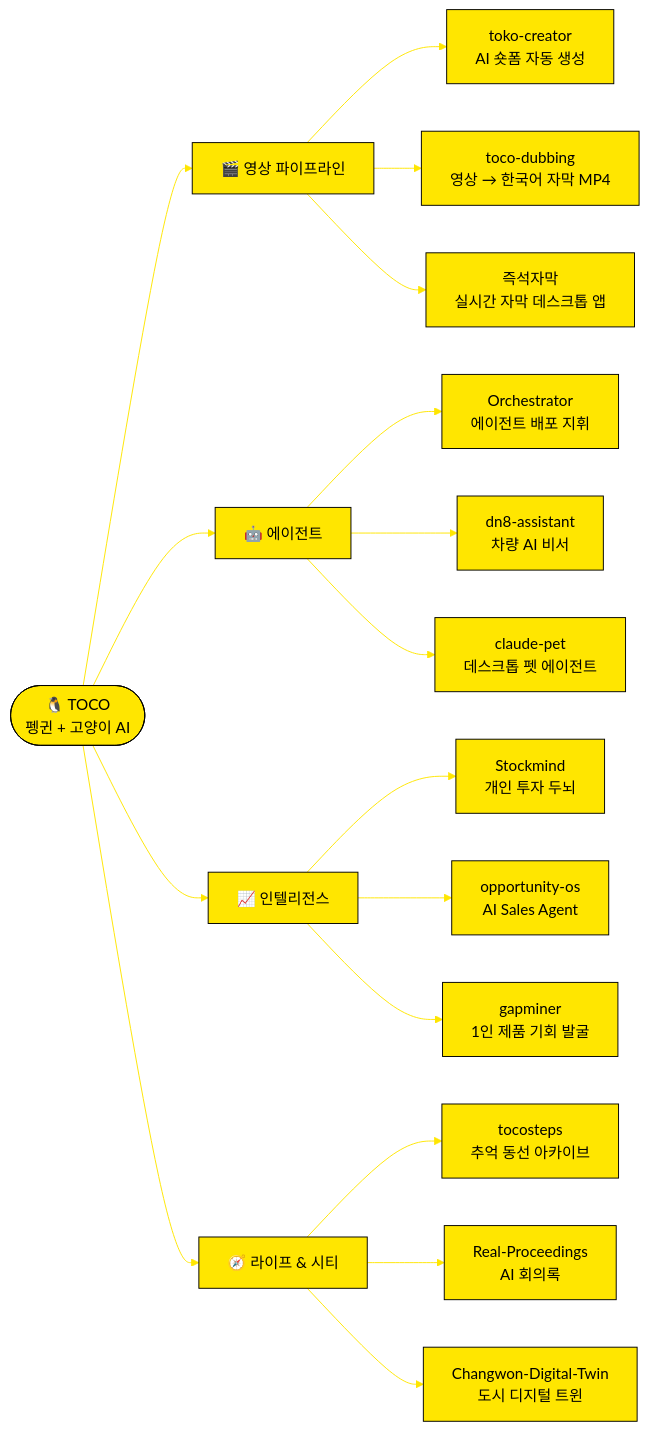
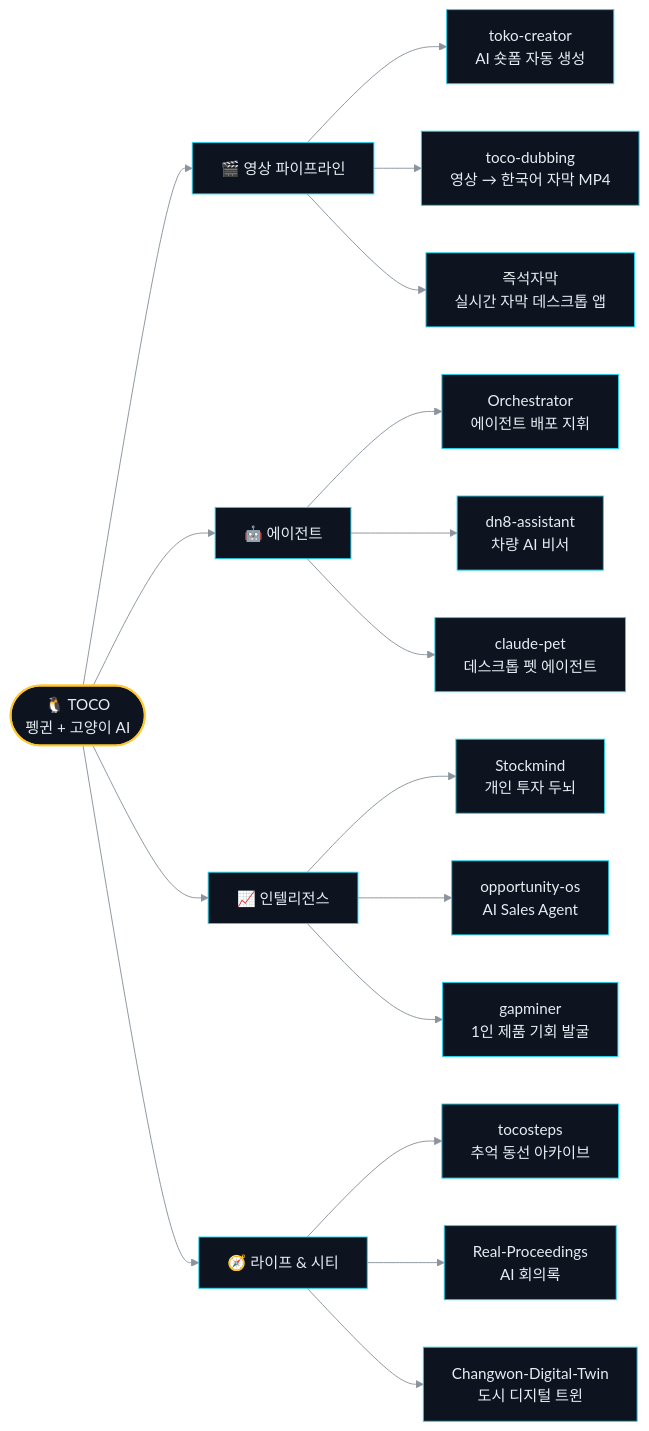
Before and after one commit to T0C0-AI/T0C0-AI: the diagram in README.md, drawn with Mermaid. The commit also changed other lines of this file, not shown here.

Commit message:
README 색 테마를 시안×골드 미드나이트로 통일 — mermaid 다크 테마, 배지 색, 원칙 문구, 푸터를 토코 SVG 배너로 교체

````diff
--- a/README.md
+++ b/README.md
@@ -34,26 +34,27 @@
 ```mermaid
-%%{init: {'theme':'base','themeVariables':{'primaryColor':'#FFE600','primaryTextColor':'#000000','primaryBorderColor':'#000000','lineColor':'#FFE600','fontFamily':'monospace','mainBkg':'#FFE600','edgeLabelBackground':'#0d0d0d','clusterBkg':'#111111','clusterBorder':'#FFE600','tertiaryTextColor':'#ffffff'}}}%%
+%%{init: {'theme':'base','themeVariables':{'primaryColor':'#0D1420','primaryTextColor':'#E6EDF3','primaryBorderColor':'#22D3EE','lineColor':'#8B949E','fontFamily':'monospace','mainBkg':'#0D1420','edgeLabelBackground':'#000000','clusterBkg':'#05070B','clusterBorder':'#1F2733','tertiaryTextColor':'#E6EDF3'}}}%%
 flowchart LR
     TOCO(["🐧 TOCO<br/>펭귄 + 고양이 AI"])
+    style TOCO fill:#0D1420,stroke:#FFC831,stroke-width:2px
 
     TOCO --> V["🎬 영상 파이프라인"]
     TOCO --> A["🤖 에이전트"]
     TOCO --> I["📈 인텔리전스"]
     TOCO --> L["🧭 라이프 & 시티"]
 
     V --> V1["toko-creator<br/>AI 숏폼 자동 생성"]
     V --> V2["toco-dubbing<br/>영상 → 한국어 자막 MP4"]
     V --> V3["즉석자막<br/>실시간 자막 데스크톱 앱"]
 
     A --> A1["Orchestrator<br/>에이전트 배포 지휘"]
     A --> A2["dn8-assistant<br/>차량 AI 비서"]
     A --> A3["claude-pet<br/>데스크톱 펫 에이전트"]
 
     I --> I1["Stockmind<br/>개인 투자 두뇌"]
     I --> I2["opportunity-os<br/>AI Sales Agent"]
     I --> I3["gapminer<br/>1인 제품 기회 발굴"]
 
     L --> L1["tocosteps<br/>추억 동선 아카이브"]
     L --> L2["Real-Proceedings<br/>AI 회의록"]
     L --> L3["Changwon-Digital-Twin<br/>도시 디지털 트윈"]
 ```
````
